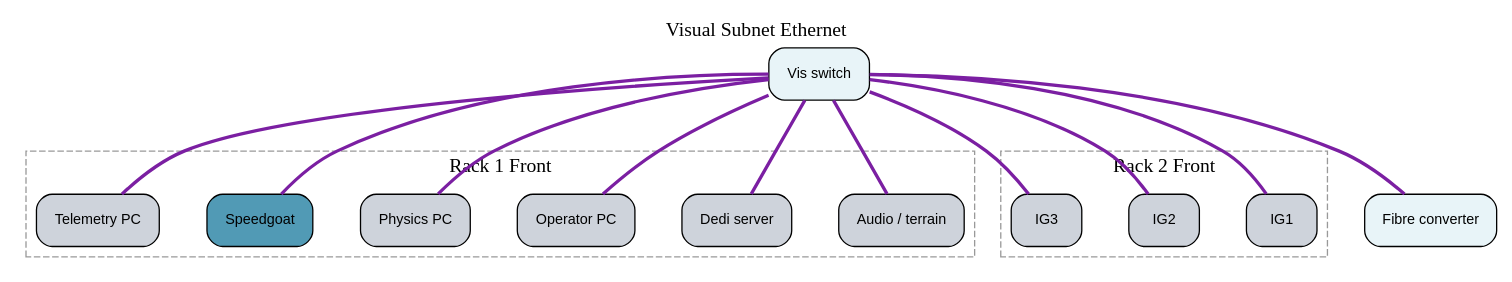
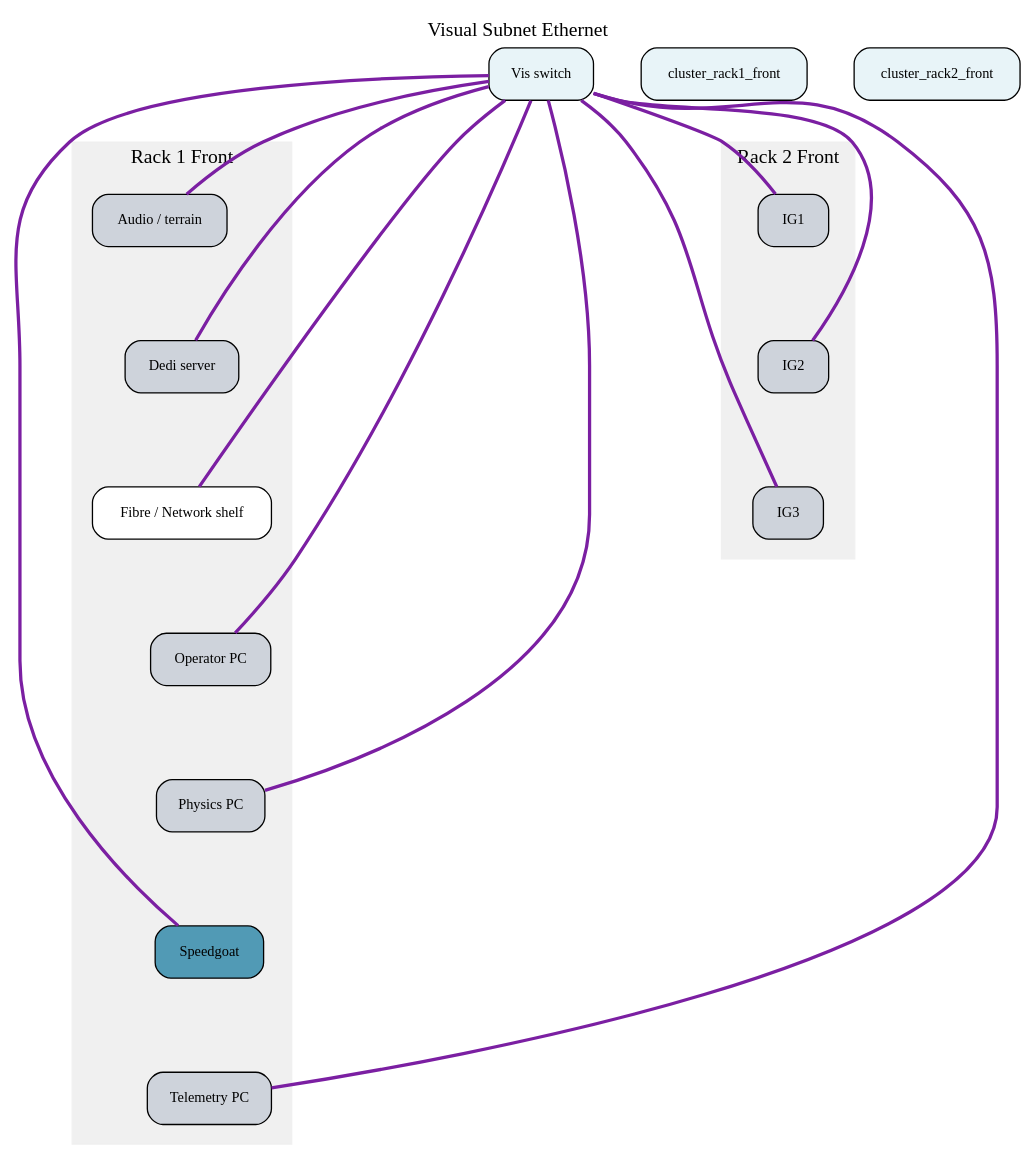
The diagram in wiring_visual_subnet_ethernet.dot (BenjiPestell/rack-diagram-demo), drawn with Graphviz before and after one commit. The commit also changed 11 other files, not shown here.

```diff
--- a/wiring_visual_subnet_ethernet.dot
+++ b/wiring_visual_subnet_ethernet.dot
@@ -1,120 +1,142 @@
 graph "Visual Subnet Ethernet" {
 
   graph [
     rankdir=TB,
     nodesep=0.5,
     ranksep=1.0,
     bgcolor="white",
     label="Visual Subnet Ethernet",
     labelloc=t,
     fontsize=15,
-    fontname="Arial Bold"
+    fontname="Sinkin Sans"
   ];
 
   node [
     shape=box,
     style="rounded,filled",
     fillcolor="#E8F4F8",
     fontsize=11,
-    fontname="Arial",
+    fontname="Sinkin Sans",
     margin=0.2
   ];
 
   edge [
     color="#7B1FA2",
     style=solid,
     penwidth=2.5
   ];
 
-  // Devices by rack
+  // Devices organized by rack
+
   subgraph cluster_rack1_front {
     label="Rack 1 Front";
-    style=dashed;
-    color="#999999";
+    style=filled;
+    color="#F0F0F0";
+    fontname="Sinkin Sans";
+    margin=15;
 
     "Audio___terrain" [
       label="Audio / terrain",
       fillcolor="#ced3db"
     ];
     "Dedi_server" [
       label="Dedi server",
       fillcolor="#ced3db"
+    ];
+    "Fibre___Network_shelf" [
+      label="Fibre / Network shelf",
+      fillcolor="#FFFFFF"
     ];
     "Operator_PC" [
       label="Operator PC",
       fillcolor="#ced3db"
     ];
     "Physics_PC" [
       label="Physics PC",
       fillcolor="#ced3db"
     ];
     "Speedgoat" [
       label="Speedgoat",
       fillcolor="#519AB5"
     ];
     "Telemetry_PC" [
       label="Telemetry PC",
       fillcolor="#ced3db"
     ];
+
+    // Vertical stacking within rack
+    "Audio___terrain" -- "Dedi_server" [style=invis];
+    "Dedi_server" -- "Fibre___Network_shelf" [style=invis];
+    "Fibre___Network_shelf" -- "Operator_PC" [style=invis];
+    "Operator_PC" -- "Physics_PC" [style=invis];
+    "Physics_PC" -- "Speedgoat" [style=invis];
+    "Speedgoat" -- "Telemetry_PC" [style=invis];
   }
 
   subgraph cluster_rack2_front {
     label="Rack 2 Front";
-    style=dashed;
-    color="#999999";
+    style=filled;
+    color="#F0F0F0";
+    fontname="Sinkin Sans";
+    margin=15;
 
     "IG1" [
       label="IG1",
       fillcolor="#ced3db"
     ];
     "IG2" [
       label="IG2",
       fillcolor="#ced3db"
     ];
     "IG3" [
       label="IG3",
       fillcolor="#ced3db"
     ];
+
+    // Vertical stacking within rack
+    "IG1" -- "IG2" [style=invis];
+    "IG2" -- "IG3" [style=invis];
   }
 
   // External devices
-  "Fibre_converter" [
-    label="Fibre converter"
-  ];
   "Vis_switch" [
     label="Vis switch"
   ];
 
-  // Connections
+  // Vertical ordering of racks
+  { rank=same; cluster_rack1_front; cluster_rack2_front; }
+
+  // Connections between devices
+
   "Vis_switch" -- "Audio___terrain" [
     color="#7B1FA2", style=solid, penwidth=2.5
   ];
   "Vis_switch" -- "Telemetry_PC" [
     color="#7B1FA2", style=solid, penwidth=2.5
   ];
-  "Vis_switch" -- "Fibre_converter" [
+  "Vis_switch" -- "Fibre___Network_shelf" [
     color="#7B1FA2", style=solid, penwidth=2.5
   ];
   "Vis_switch" -- "Physics_PC" [
     color="#7B1FA2", style=solid, penwidth=2.5
   ];
   "Vis_switch" -- "Speedgoat" [
     color="#7B1FA2", style=solid, penwidth=2.5
   ];
   "Vis_switch" -- "Operator_PC" [
     color="#7B1FA2", style=solid, penwidth=2.5
   ];
   "Vis_switch" -- "Dedi_server" [
     color="#7B1FA2", style=solid, penwidth=2.5
   ];
   "Vis_switch" -- "IG1" [
     color="#7B1FA2", style=solid, penwidth=2.5
   ];
   "Vis_switch" -- "IG2" [
     color="#7B1FA2", style=solid, penwidth=2.5
   ];
   "Vis_switch" -- "IG3" [
     color="#7B1FA2", style=solid, penwidth=2.5
   ];
 
 }
```
